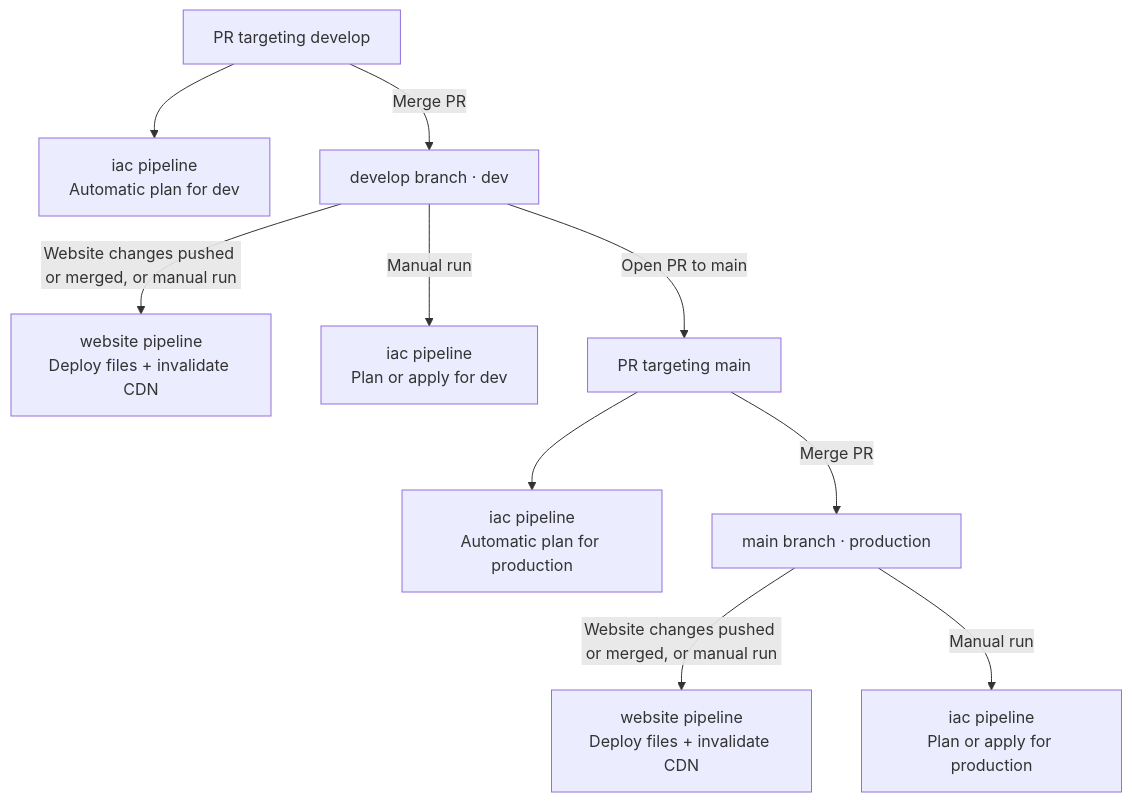
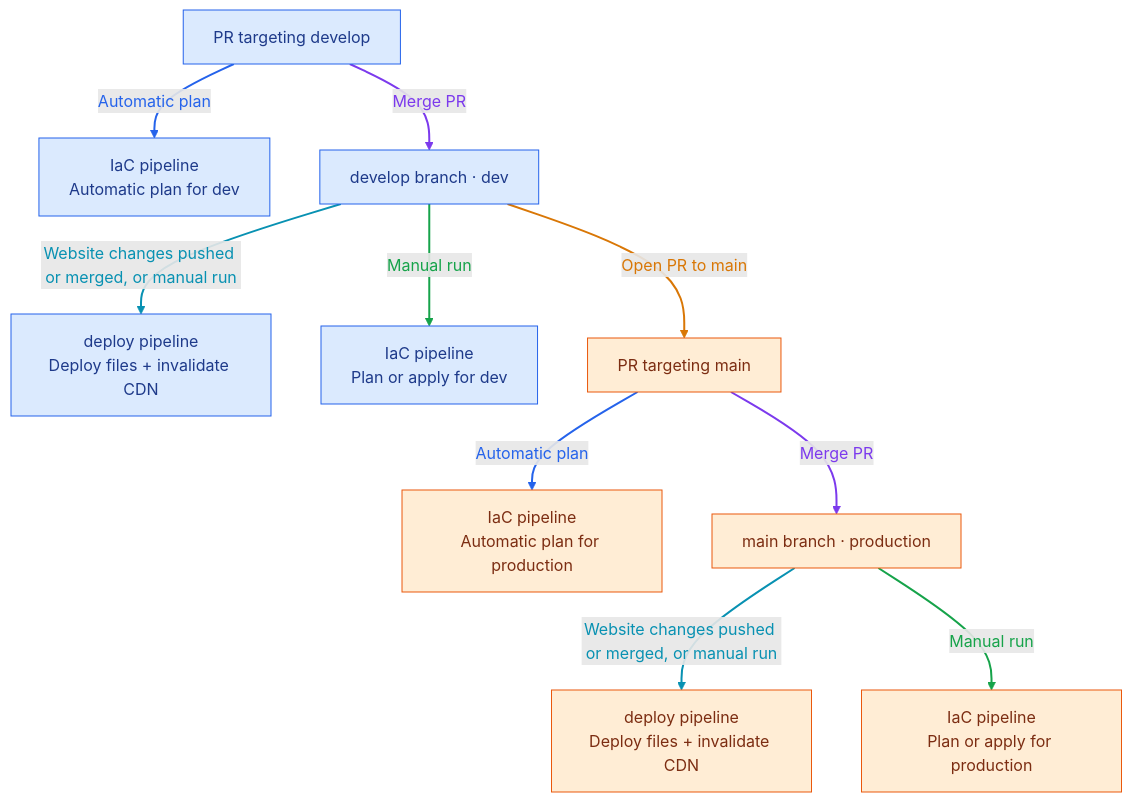
Before and after one commit to gtaufic/my-website: the second of 2 diagrams in README.md, drawn with Mermaid. The commit also changed other lines of this file and 5 other files, not shown here.

````diff
--- a/README.md
+++ b/README.md
@@ -17,12 +19,24 @@
 ```mermaid
 flowchart TB
-    dev_pr["PR targeting develop"] --> dev_plan["iac pipeline<br/>Automatic plan for dev"]
+    dev_pr["PR targeting develop"] -->|Automatic plan| dev_plan["IaC pipeline<br/>Automatic plan for dev"]
     dev_pr -->|Merge PR| develop["develop branch · dev"]
-    develop -->|Website changes pushed or merged, or manual run| dev_website["website pipeline<br/>Deploy files + invalidate CDN"]
-    develop -->|Manual run| dev_iac["iac pipeline<br/>Plan or apply for dev"]
+    develop -->|Website changes pushed or merged, or manual run| dev_website["deploy pipeline<br/>Deploy files + invalidate CDN"]
+    develop -->|Manual run| dev_iac["IaC pipeline<br/>Plan or apply for dev"]
     develop -->|Open PR to main| production_pr["PR targeting main"]
-    production_pr --> production_plan["iac pipeline<br/>Automatic plan for production"]
+    production_pr -->|Automatic plan| production_plan["IaC pipeline<br/>Automatic plan for production"]
     production_pr -->|Merge PR| main["main branch · production"]
-    main -->|Website changes pushed or merged, or manual run| production_website["website pipeline<br/>Deploy files + invalidate CDN"]
-    main -->|Manual run| production_iac["iac pipeline<br/>Plan or apply for production"]
+    main -->|Website changes pushed or merged, or manual run| production_website["deploy pipeline<br/>Deploy files + invalidate CDN"]
+    main -->|Manual run| production_iac["IaC pipeline<br/>Plan or apply for production"]
+
+    classDef dev fill:#dbeafe,stroke:#2563eb,color:#1e3a8a
+    classDef production fill:#ffedd5,stroke:#ea580c,color:#7c2d12
+    class dev_pr,dev_plan,develop,dev_website,dev_iac dev
+    class production_pr,production_plan,main,production_website,production_iac production
+
+    %% Operation colors: plan, merge, deploy, manual run, and open PR.
+    linkStyle 0,5 stroke:#2563eb,color:#2563eb,stroke-width:2px
+    linkStyle 1,6 stroke:#7c3aed,color:#7c3aed,stroke-width:2px
+    linkStyle 2,7 stroke:#0891b2,color:#0891b2,stroke-width:2px
+    linkStyle 3,8 stroke:#16a34a,color:#16a34a,stroke-width:2px
+    linkStyle 4 stroke:#d97706,color:#d97706,stroke-width:2px
 ```
````
